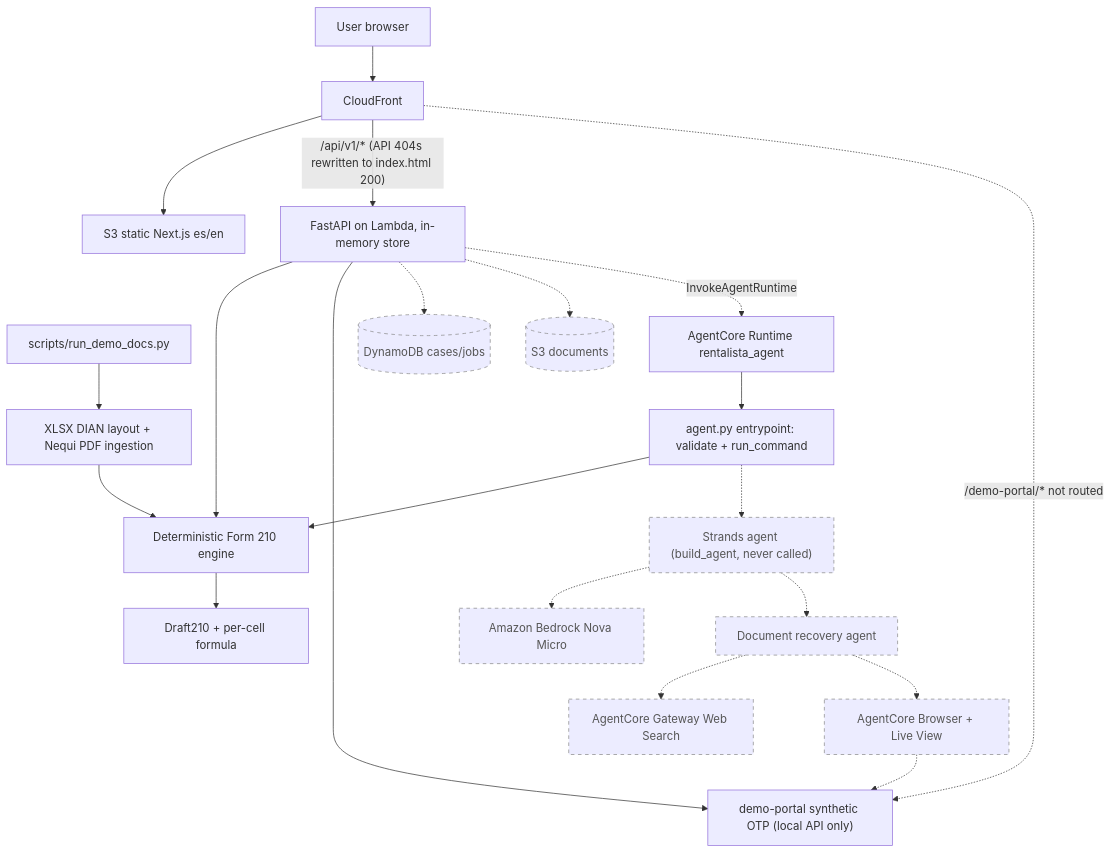
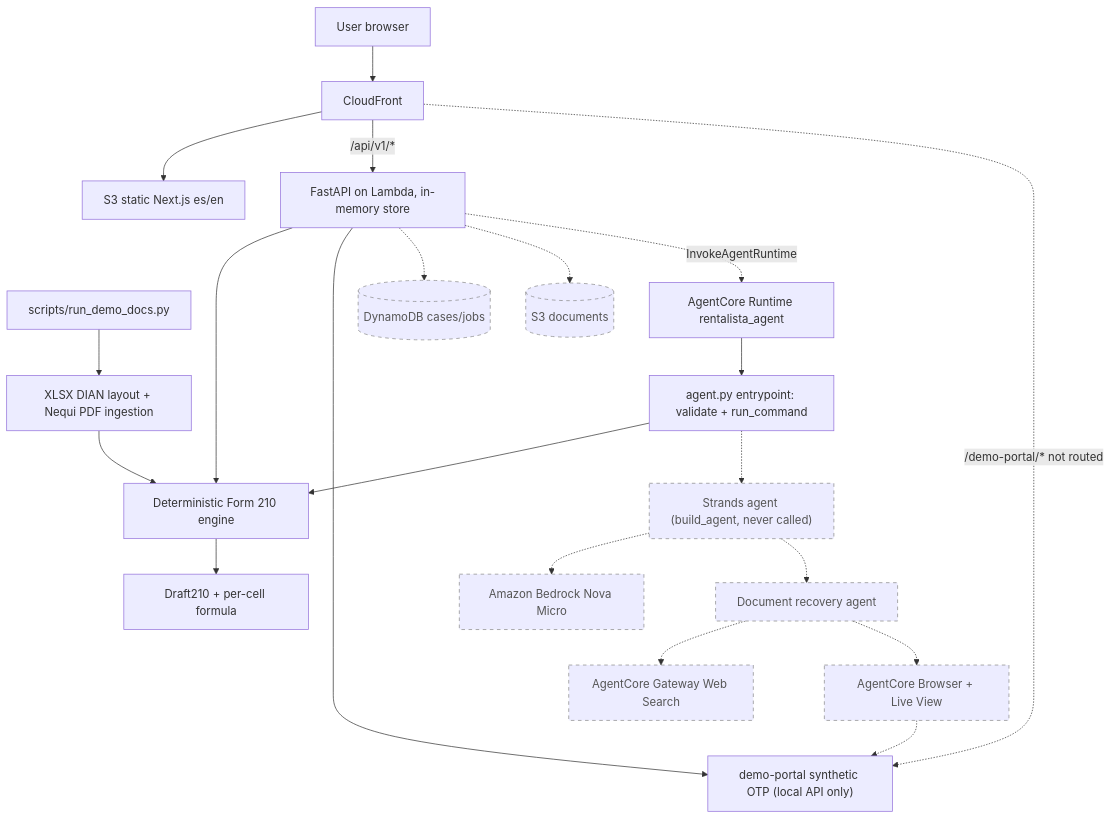
The diagram in docs/architecture.md (hetdev/renta-lista-agent), drawn with Mermaid before and after one commit. The commit also changed 18 other files, not shown here.

````diff
--- a/docs/architecture.md
+++ b/docs/architecture.md
@@ -6,27 +6,27 @@
 ```mermaid
 flowchart TB
   User["User browser"] --> CF["CloudFront"]
   CF --> S3Web["S3 static Next.js es/en"]
-  CF -->|"/api/v1/* (API 404s rewritten to index.html 200)"| API["FastAPI on Lambda, in-memory store"]
+  CF -->|"/api/v1/*"| API["FastAPI on Lambda, in-memory store"]
   API --> Engine["Deterministic Form 210 engine"]
   API --> Portal["demo-portal synthetic OTP (local API only)"]
   Script["scripts/run_demo_docs.py"] --> Ingest["XLSX DIAN layout + Nequi PDF ingestion"]
   Ingest --> Engine
   RT["AgentCore Runtime rentalista_agent"] --> Entry["agent.py entrypoint: validate + run_command"]
   Entry --> Engine
   Engine --> Draft["Draft210 + per-cell formula"]
 
   CF -.->|"/demo-portal/* not routed"| Portal
   API -.-> DDB[("DynamoDB cases/jobs")]
   API -.-> S3Data[("S3 documents")]
   API -.->|"InvokeAgentRuntime"| RT
   Entry -.-> Strands["Strands agent (build_agent, never called)"]
   Strands -.-> Bedrock["Amazon Bedrock Nova Micro"]
   Strands -.-> Rec["Document recovery agent"]
   Rec -.-> GW["AgentCore Gateway Web Search"]
   Rec -.-> Br["AgentCore Browser + Live View"]
   Br -.-> Portal
 
   classDef planned stroke-dasharray:5 5,stroke:#888,color:#555;
   class DDB,S3Data,Strands,Bedrock,Rec,GW,Br planned;
 ```
````
